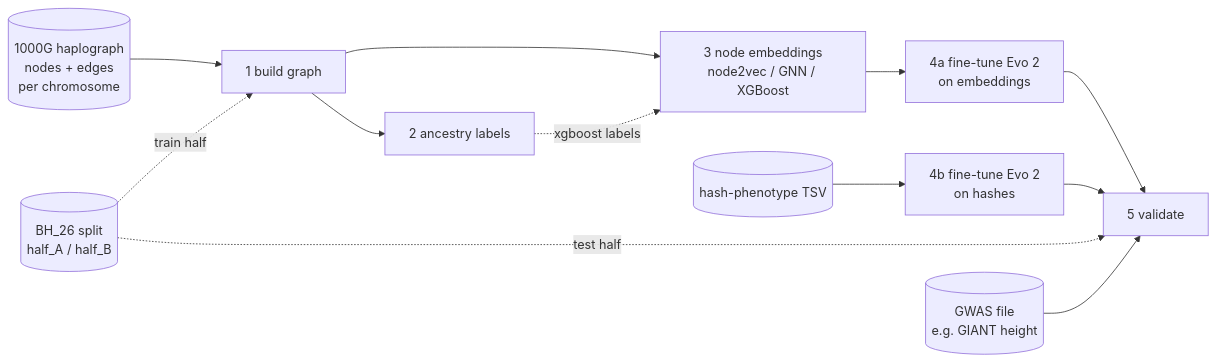
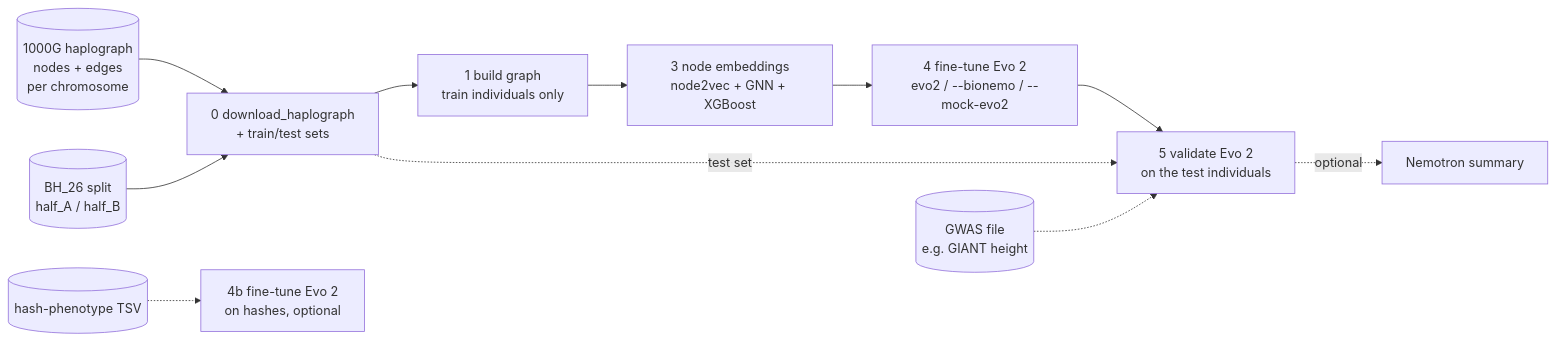
One commit to collaborativebioinformatics/GenoPheno_Embedding_Validator changed the diagram in DOCUMENTATION.md. Above: the diagram before and after it, drawn with Mermaid. The commit also changed other lines of this file and 59 other files, not shown here.

First line of the commit message:
Split repo into part1_haplograph and part2_proteomics; clean up part 1

````diff
--- a/DOCUMENTATION.md
+++ b/DOCUMENTATION.md
@@ -9,14 +16,13 @@
 ```mermaid
 flowchart LR
-    D[(1000G haplograph<br/>nodes + edges<br/>per chromosome)] --> S1[1 build graph]
-    SP[(BH_26 split<br/>half_A / half_B)] -.train half.-> S1
-    S1 --> S2[2 ancestry labels]
-    S1 --> S3[3 node embeddings<br/>node2vec / GNN / XGBoost]
-    S2 -.xgboost labels.-> S3
-    S3 --> S4[4a fine-tune Evo 2<br/>on embeddings]
-    H[(hash-phenotype TSV)] --> S4b[4b fine-tune Evo 2<br/>on hashes]
-    S4 --> S5[5 validate]
-    S4b --> S5
-    SP -.test half.-> S5
-    G[(GWAS file<br/>e.g. GIANT height)] --> S5
+    D[(1000G haplograph<br/>nodes + edges<br/>per chromosome)] --> S0[0 download_haplograph<br/>+ train/test sets]
+    SP[(BH_26 split<br/>half_A / half_B)] --> S0
+    S0 --> S1[1 build graph<br/>train individuals only]
+    S1 --> S3[3 node embeddings<br/>node2vec + GNN + XGBoost]
+    S3 --> S4[4 fine-tune Evo 2<br/>evo2 / --bionemo / --mock-evo2]
+    H[(hash-phenotype TSV)] -.-> S4b[4b fine-tune Evo 2<br/>on hashes, optional]
+    S4 --> S5[5 validate Evo 2<br/>on the test individuals]
+    S0 -.test set.-> S5
+    G[(GWAS file<br/>e.g. GIANT height)] -.-> S5
+    S5 -.optional.-> N[Nemotron summary]
 ```
````
